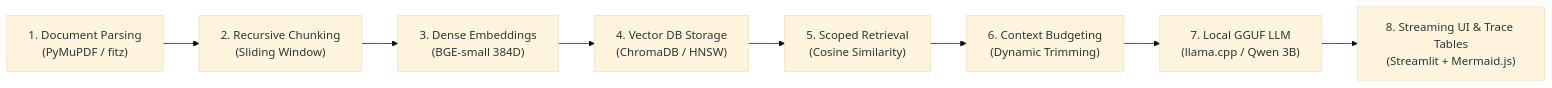
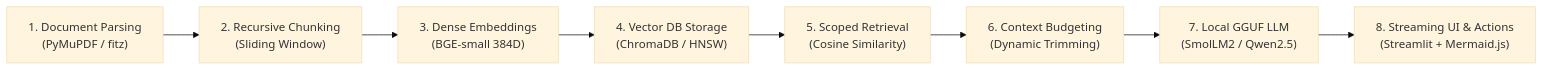
Before and after one commit to Sujalkathait/docmind-RaG: the second of 3 diagrams in README.md, drawn with Mermaid (base theme). The commit also changed other lines of this file and 8 other files, not shown here.

````diff
--- a/README.md
+++ b/README.md
@@ -81,10 +123,10 @@
 ```mermaid
 flowchart LR
     A["1. Document Parsing<br/>(PyMuPDF / fitz)"] --> B["2. Recursive Chunking<br/>(Sliding Window)"]
     B --> C["3. Dense Embeddings<br/>(BGE-small 384D)"]
     C --> D["4. Vector DB Storage<br/>(ChromaDB / HNSW)"]
     D --> E["5. Scoped Retrieval<br/>(Cosine Similarity)"]
     E --> F["6. Context Budgeting<br/>(Dynamic Trimming)"]
-    F --> G["7. Local GGUF LLM<br/>(llama.cpp / Qwen 3B)"]
-    G --> H["8. Streaming UI & Trace Tables<br/>(Streamlit + Mermaid.js)"]
+    F --> G["7. Local GGUF LLM<br/>(SmolLM2 / Qwen2.5)"]
+    G --> H["8. Streaming UI & Actions<br/>(Streamlit + Mermaid.js)"]
 ```
````
